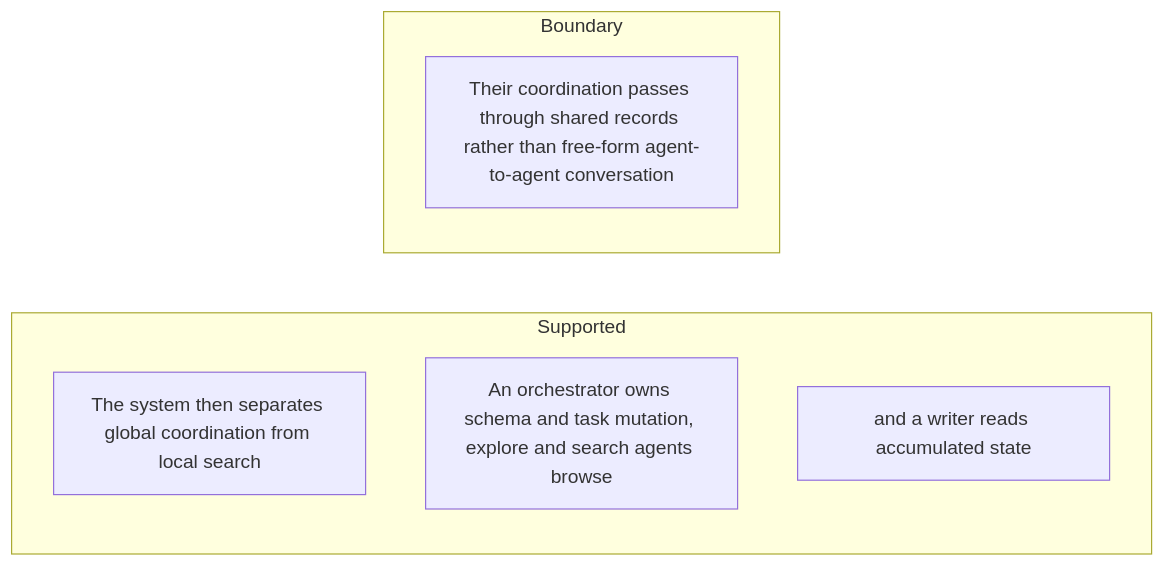
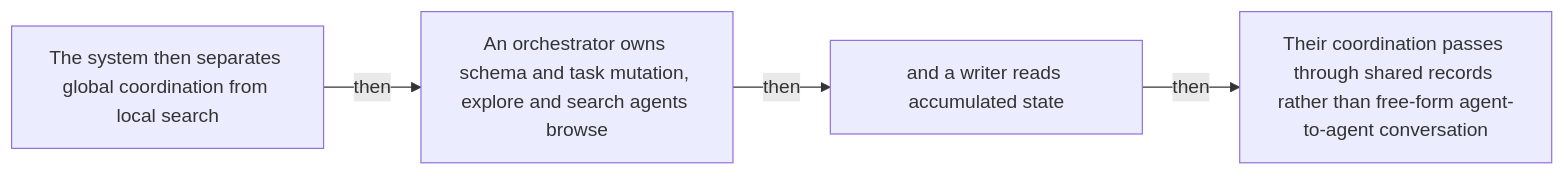
One commit to Betancourt1/paper_atlas changed diagram 12 of 51 in docs/visual-manifests/VISUAL_MANIFEST_SEARCHOS_V1.md. Above: the diagram before and after it, drawn with Mermaid. The commit also changed other lines of this file and 7 other files, not shown here.

````diff
--- a/docs/visual-manifests/VISUAL_MANIFEST_SEARCHOS_V1.md
+++ b/docs/visual-manifests/VISUAL_MANIFEST_SEARCHOS_V1.md
@@ -911,11 +900,10 @@
 ```mermaid
 flowchart LR
-  subgraph Supported
-    a1["The system then separates global coordination from local search"]
-    a2["An orchestrator owns schema and task mutation, explore and search agents browse"]
-    a3["and a writer reads accumulated state"]
-  end
-  subgraph Boundary
-    b1["Their coordination passes through shared records rather than free-form agent-to-agent conversation"]
-  end
+  n1["The system then separates global coordination from local search"]
+  n2["An orchestrator owns schema and task mutation, explore and search agents browse"]
+  n3["and a writer reads accumulated state"]
+  n4["Their coordination passes through shared records rather than free-form agent-to-agent conversation"]
+  n1 -->|"then"| n2
+  n2 -->|"then"| n3
+  n3 -->|"then"| n4
 ```
````
